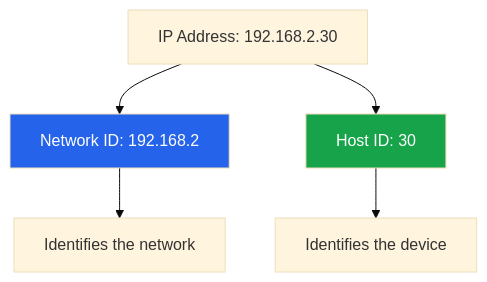
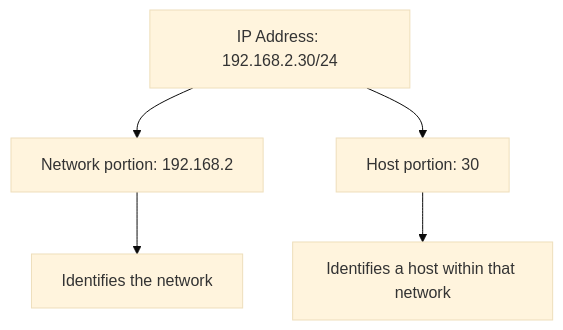
The fourth of 9 diagrams in 01.md (aswath0001/Internet-Networking), drawn with Mermaid (base theme) before and after one commit. The commit also changed other lines of this file, not shown here.

````diff
--- a/01.md
+++ b/01.md
@@ -99,12 +147,8 @@
-```mermaid
+``` mermaid
 flowchart TD
-    A["IP Address: 192.168.2.30"]
-    A --> B["Network ID: 192.168.2"]
-    A --> C["Host ID: 30"]
-
+    A["IP Address: 192.168.2.30/24"]
+    A --> B["Network portion: 192.168.2"]
+    A --> C["Host portion: 30"]
     B --> D["Identifies the network"]
-    C --> E["Identifies the device"]
-
-    style B fill:#2563eb,color:#fff
-    style C fill:#16a34a,color:#fff
+    C --> E["Identifies a host within that network"]
 ```
````
